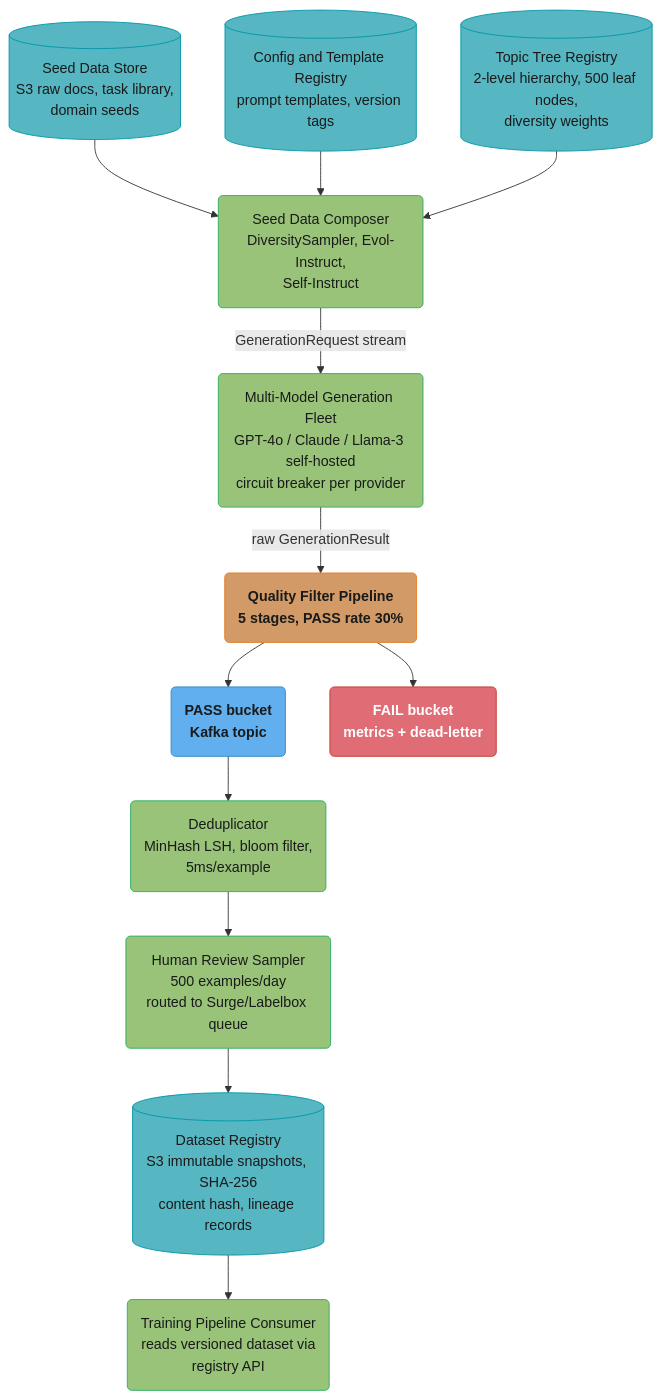
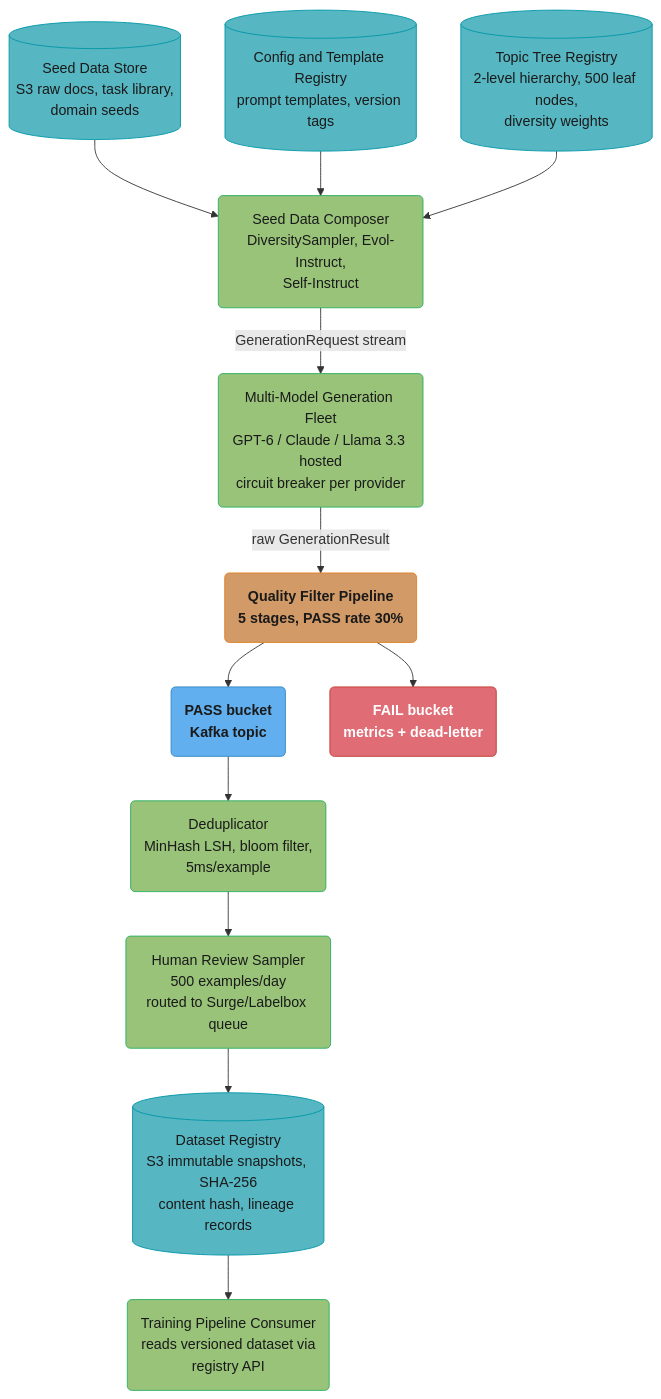
Before and after one commit to rppol/system-design: the first of 2 diagrams in src/main/java/com/rutik/systemdesign/llm/case_studies/design_synthetic_data_platform.md, drawn with Mermaid. The commit also changed other lines of this file and 25 other files, not shown here.

````diff
--- a/src/main/java/com/rutik/systemdesign/llm/case_studies/design_synthetic_data_platform.md
+++ b/src/main/java/com/rutik/systemdesign/llm/case_studies/design_synthetic_data_platform.md
@@ -91,41 +91,41 @@
 ```mermaid
 flowchart TD
     classDef io      fill:#61afef,stroke:#2e86c1,color:#1a1a1a,font-weight:bold
     classDef frozen  fill:#c678dd,stroke:#9b59b6,color:#fff
     classDef train   fill:#98c379,stroke:#27ae60,color:#1a1a1a
     classDef mathOp  fill:#d19a66,stroke:#e67e22,color:#1a1a1a,font-weight:bold
     classDef lossN   fill:#e06c75,stroke:#c0392b,color:#fff,font-weight:bold
     classDef req     fill:#56b6c2,stroke:#0097a7,color:#1a1a1a
     classDef base    fill:#e5c07b,stroke:#f39c12,color:#1a1a1a
 
     seed[(Seed Data Store<br/>S3 raw docs, task library,<br/>domain seeds)]
     config[(Config and Template Registry<br/>prompt templates, version tags)]
     topictree[(Topic Tree Registry<br/>2-level hierarchy, 500 leaf nodes,<br/>diversity weights)]
     composer(Seed Data Composer<br/>DiversitySampler, Evol-Instruct,<br/>Self-Instruct)
-    fleet(Multi-Model Generation Fleet<br/>GPT-4o / Claude / Llama-3 self-hosted<br/>circuit breaker per provider)
+    fleet(Multi-Model Generation Fleet<br/>GPT-6 / Claude / Llama 3.3 hosted<br/>circuit breaker per provider)
     qfilter(Quality Filter Pipeline<br/>5 stages, PASS rate 30%)
     passb(PASS bucket<br/>Kafka topic)
     failb(FAIL bucket<br/>metrics + dead-letter)
     dedup(Deduplicator<br/>MinHash LSH, bloom filter,<br/>5ms/example)
     human(Human Review Sampler<br/>500 examples/day<br/>routed to Surge/Labelbox queue)
     registry[(Dataset Registry<br/>S3 immutable snapshots, SHA-256<br/>content hash, lineage records)]
     training(Training Pipeline Consumer<br/>reads versioned dataset via<br/>registry API)
 
     seed --> composer
     config --> composer
     topictree --> composer
     composer -->|GenerationRequest stream| fleet
     fleet -->|raw GenerationResult| qfilter
     qfilter --> passb
     qfilter --> failb
     passb --> dedup
     dedup --> human
     human --> registry
     registry --> training
 
     class seed,config,topictree,registry req
     class composer,fleet,dedup,human,training train
     class qfilter mathOp
     class passb io
     class failb lossN
 ```
````
